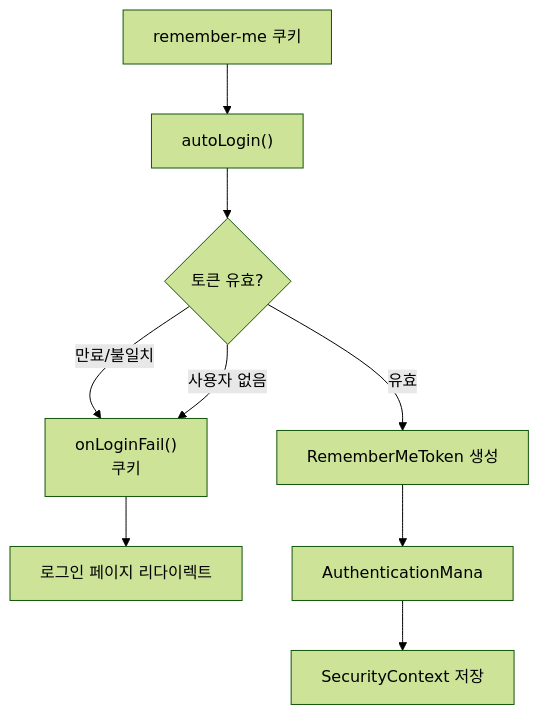
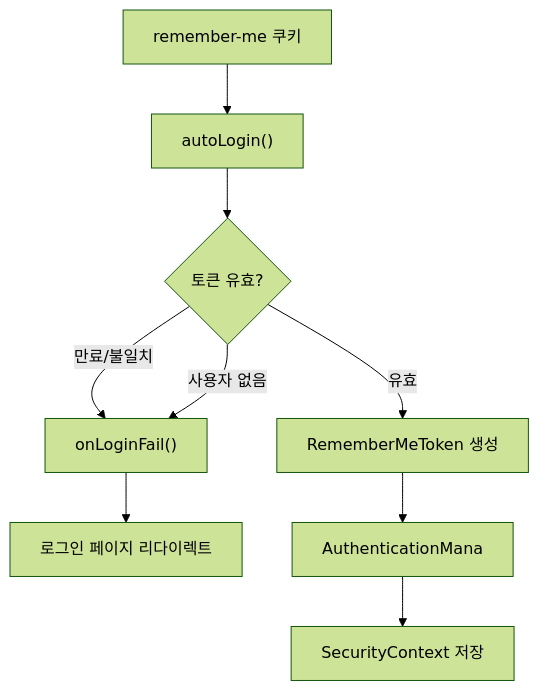
The second of 2 diagrams in _posts/security/2021-01-24-RememberMeAuthentication.md (yjkim2015/yjkim2015.github.io), drawn with Mermaid (forest theme) before and after one commit. The commit also changed 217 other files, not shown here.

First line of the commit message:
Mermaid 크기 수정: useMaxWidth:true + SVG max-width:100% + 라벨 축소

````diff
--- a/_posts/security/2021-01-24-RememberMeAuthentication.md
+++ b/_posts/security/2021-01-24-RememberMeAuthentication.md
@@ -81,11 +81,11 @@
 ```mermaid
 flowchart TD
     A["remember-me 쿠키"] --> B["autoLogin()"]
     B --> C{"토큰 유효?"}
-    C -- "만료/불일치" --> D["onLoginFail()\n쿠키"]
+    C -- "만료/불일치" --> D["onLoginFail()"]
     C -- "사용자 없음" --> D
     C -- "유효" --> E["RememberMeToken 생성"]
     D --> F["로그인 페이지 리다이렉트"]
     E --> G["AuthenticationMana"]
     G --> F2["SecurityContext 저장"]
 ```
````
